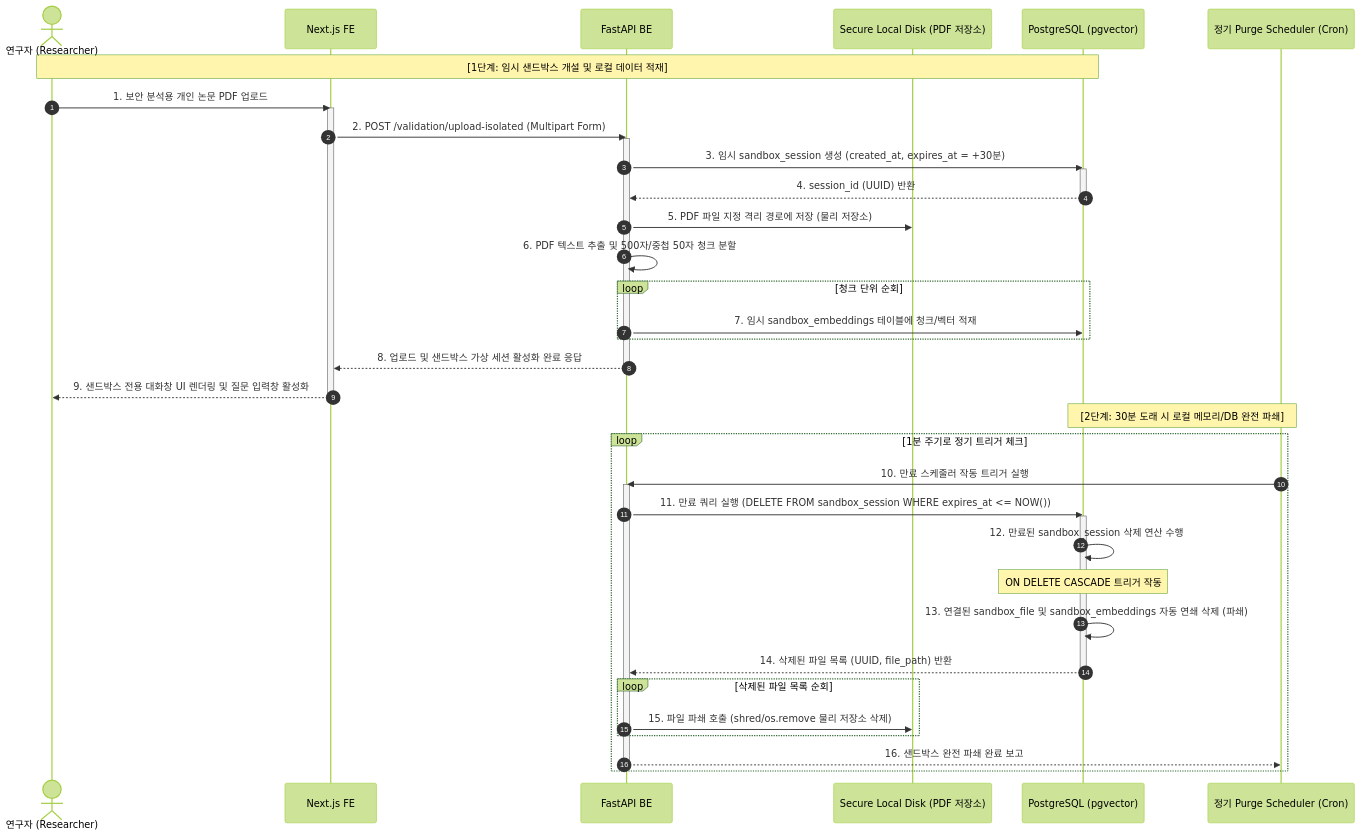
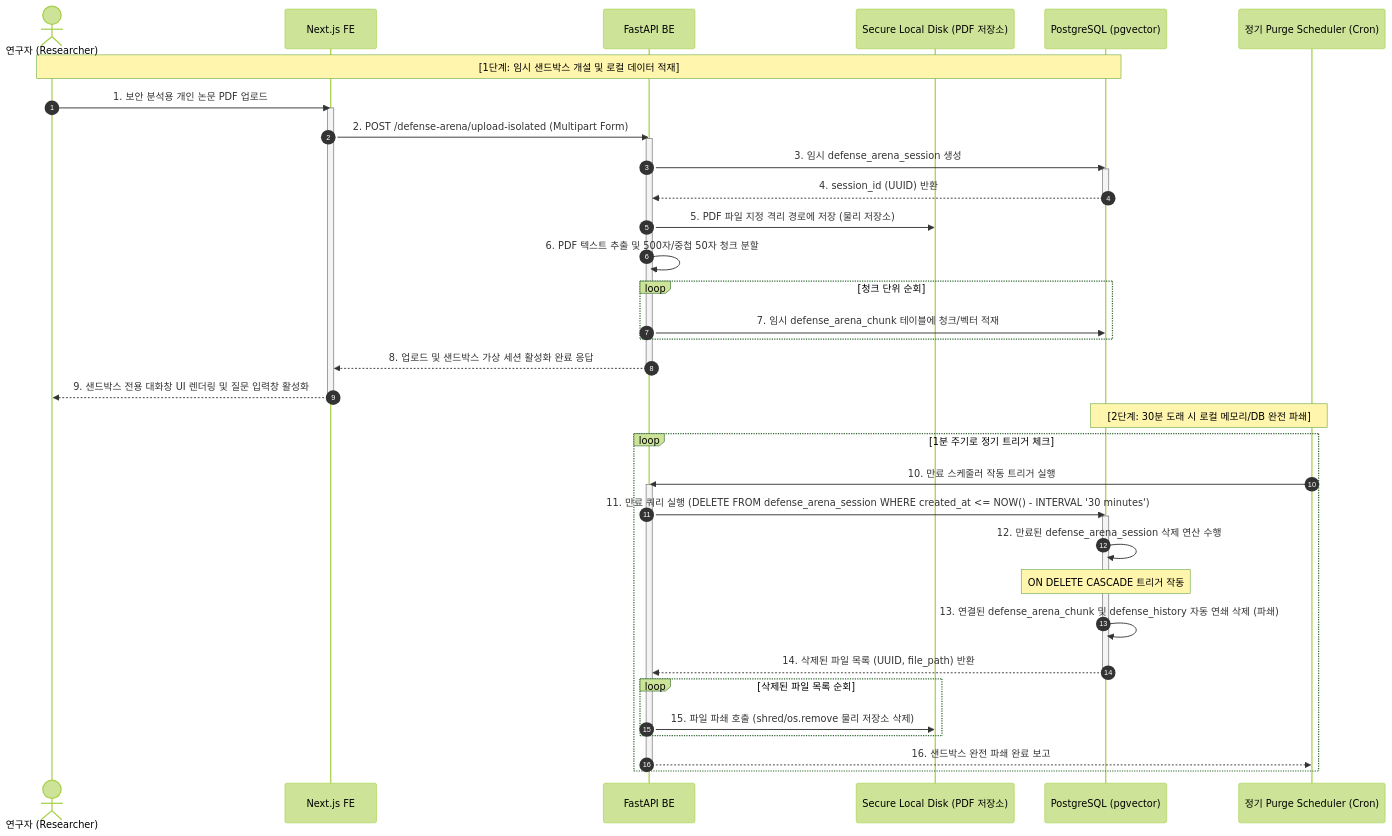
The third of 4 diagrams in docs/deliverables/3rd/project_plans/system-sequence-diagrams-3rd.md (bist-mini-2/bist-mini-2), drawn with Mermaid (forest theme) before and after one commit. The commit also changed 22 other files, not shown here.

Commit message:
feat(feature4): redesign history inbox, arena playground, chat logic, and timer UI

````diff
--- a/docs/deliverables/3rd/project_plans/system-sequence-diagrams-3rd.md
+++ b/docs/deliverables/3rd/project_plans/system-sequence-diagrams-3rd.md
@@ -102,56 +102,56 @@
 ```mermaid
 sequenceDiagram
     autonumber
     actor User as 연구자 (Researcher)
     participant UI as Next.js FE
     participant API as FastAPI BE
     participant Storage as Secure Local Disk (PDF 저장소)
     participant DB as PostgreSQL (pgvector)
     participant Scheduler as 정기 Purge Scheduler (Cron)
 
     %% [Sandbox Creation & Embedding]
     Note over User, DB: [1단계: 임시 샌드박스 개설 및 로컬 데이터 적재]
     User->>UI: 1. 보안 분석용 개인 논문 PDF 업로드
     activate UI
-    UI->>API: 2. POST /validation/upload-isolated (Multipart Form)
+    UI->>API: 2. POST /defense-arena/upload-isolated (Multipart Form)
     activate API
     
-    API->>DB: 3. 임시 sandbox_session 생성 (created_at, expires_at = +30분)
+    API->>DB: 3. 임시 defense_arena_session 생성
     activate DB
     DB-->>API: 4. session_id (UUID) 반환
     deactivate DB
     
     API->>Storage: 5. PDF 파일 지정 격리 경로에 저장 (물리 저장소)
     API->>API: 6. PDF 텍스트 추출 및 500자/중첩 50자 청크 분할
     
     loop 청크 단위 순회
-        API->>DB: 7. 임시 sandbox_embeddings 테이블에 청크/벡터 적재
+        API->>DB: 7. 임시 defense_arena_chunk 테이블에 청크/벡터 적재
     end
     
     API-->>UI: 8. 업로드 및 샌드박스 가상 세션 활성화 완료 응답
     deactivate API
     UI-->>User: 9. 샌드박스 전용 대화창 UI 렌더링 및 질문 입력창 활성화
     deactivate UI
 
     %% [Session Expired & Complete Purge]
     Note over Scheduler, DB: [2단계: 30분 도래 시 로컬 메모리/DB 완전 파쇄]
     loop 1분 주기로 정기 트리거 체크
         Scheduler->>API: 10. 만료 스케줄러 작동 트리거 실행
         activate API
-        API->>DB: 11. 만료 쿼리 실행 (DELETE FROM sandbox_session WHERE expires_at <= NOW())
+        API->>DB: 11. 만료 쿼리 실행 (DELETE FROM defense_arena_session WHERE created_at <= NOW() - INTERVAL '30 minutes')
         activate DB
-        DB->>DB: 12. 만료된 sandbox_session 삭제 연산 수행
+        DB->>DB: 12. 만료된 defense_arena_session 삭제 연산 수행
         
         Note over DB: ON DELETE CASCADE 트리거 작동
-        DB->>DB: 13. 연결된 sandbox_file 및 sandbox_embeddings 자동 연쇄 삭제 (파쇄)
+        DB->>DB: 13. 연결된 defense_arena_chunk 및 defense_history 자동 연쇄 삭제 (파쇄)
         
         DB-->>API: 14. 삭제된 파일 목록 (UUID, file_path) 반환
         deactivate DB
         
         loop 삭제된 파일 목록 순회
             API->>Storage: 15. 파일 파쇄 호출 (shred/os.remove 물리 저장소 삭제)
         end
         API-->>Scheduler: 16. 샌드박스 완전 파쇄 완료 보고
         deactivate API
     end
 ```
````
